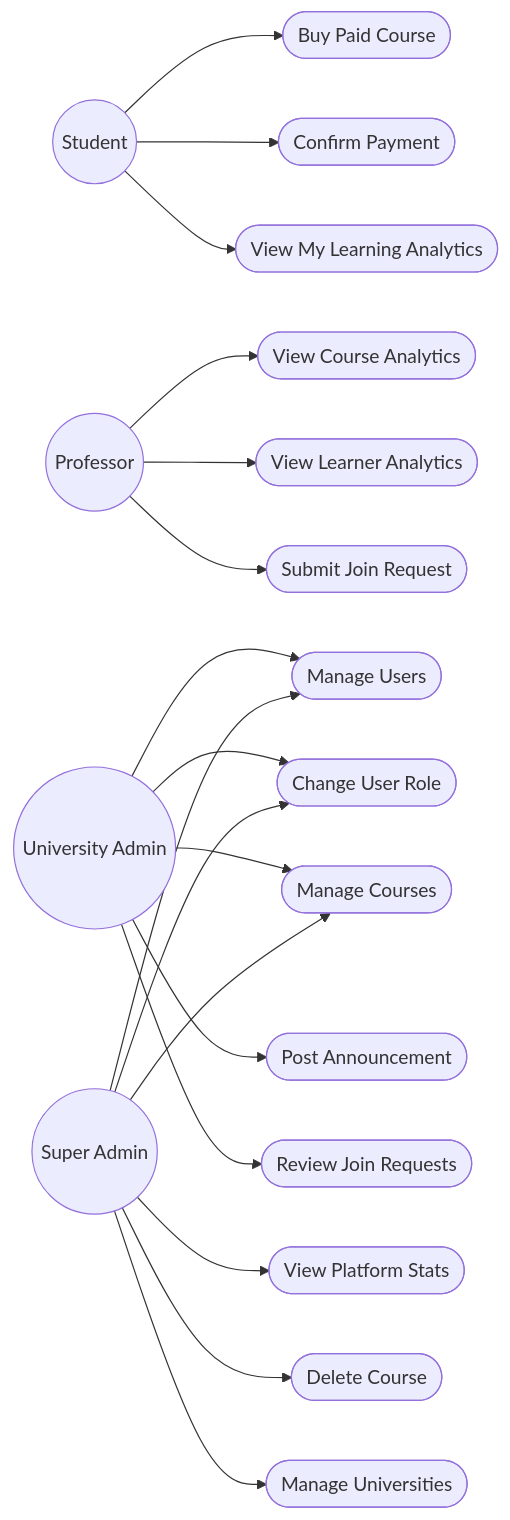
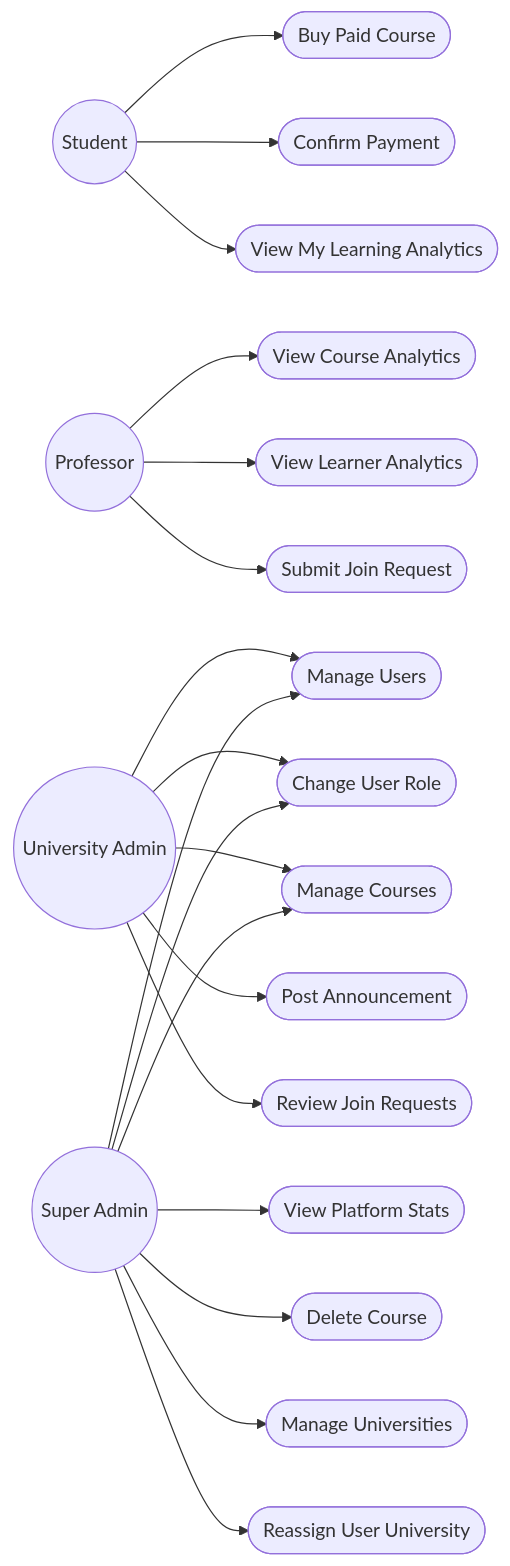
Before and after one commit to yazidha09/Hub4Learners: the third of 6 diagrams in docs/sprints/SPRINT_6.md, drawn with Mermaid. The commit also changed other lines of this file and 23 other files, not shown here.

````diff
--- a/docs/sprints/SPRINT_6.md
+++ b/docs/sprints/SPRINT_6.md
@@ -134,40 +138,42 @@
 ```mermaid
 graph LR
     S((Student))
     P((Professor))
     UA((University Admin))
     SA((Super Admin))
 
     UC1([Buy Paid Course])
     UC2([Confirm Payment])
     UC3([View My Learning Analytics])
     UC4([View Course Analytics])
     UC5([View Learner Analytics])
     UC6([View Platform Stats])
     UC7([Manage Users])
     UC8([Change User Role])
     UC9([Manage Courses])
     UC10([Delete Course])
     UC11([Post Announcement])
     UC12([Manage Universities])
-    UC13([Submit Join Request])
-    UC14([Review Join Requests])
+    UC13([Reassign User University])
+    UC14([Submit Join Request])
+    UC15([Review Join Requests])
 
     S --> UC1
     S --> UC2
     S --> UC3
     P --> UC4
     P --> UC5
-    P --> UC13
+    P --> UC14
     SA --> UC6
     UA --> UC7
     SA --> UC7
     UA --> UC8
     SA --> UC8
     UA --> UC9
     SA --> UC9
     SA --> UC10
     UA --> UC11
     SA --> UC12
-    UA --> UC14
+    SA --> UC13
+    UA --> UC15
 ```
````
